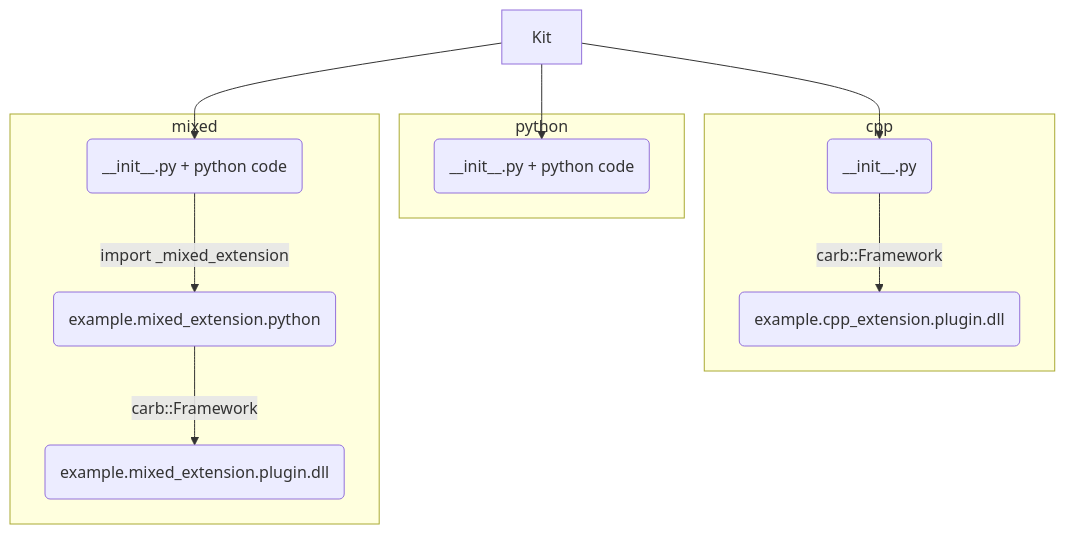
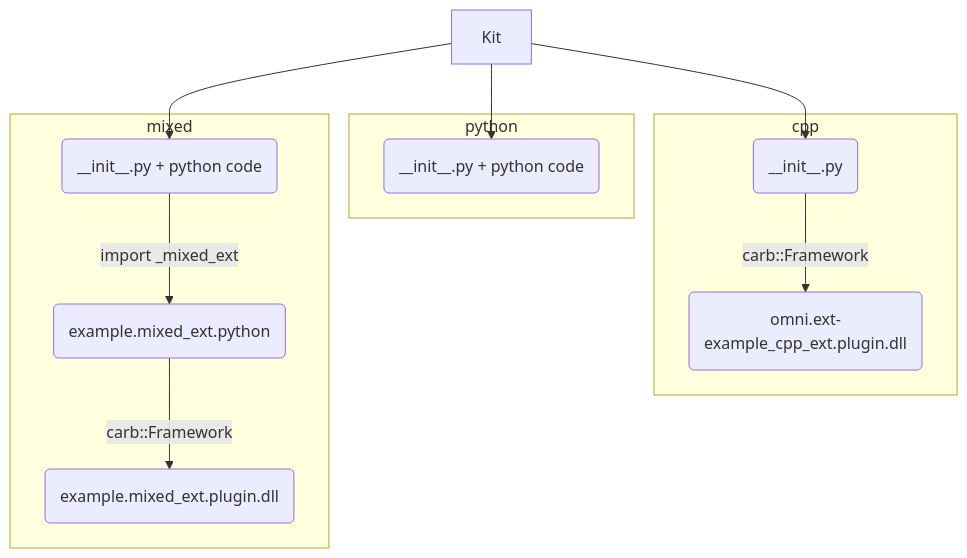
One commit to NVIDIAGameWorks/toolkit-remix changed the diagram in README.md. Above: the diagram before and after it, drawn with Mermaid. The commit also changed other lines of this file and 56 other files, not shown here.

````diff
--- a/README.md
+++ b/README.md
@@ -23,25 +23,25 @@
 ```mermaid
 graph TD
 
   subgraph "python"
   A3(__init__.py + python code)
   end
 
   subgraph cpp
   A1(__init__.py)
-  A1 -- carb::Framework --> B1(example.cpp_extension.plugin.dll)
+  A1 -- carb::Framework --> B1(omni.ext-example_cpp_ext.plugin.dll)
   end
 
   subgraph "mixed"
   A2(__init__.py + python code)
-  A2 --import _mixed_extension--> B2(example.mixed_extension.python)
-  B2 -- carb::Framework --> C2(example.mixed_extension.plugin.dll)
+  A2 --import _mixed_ext--> B2(example.mixed_ext.python)
+  B2 -- carb::Framework --> C2(example.mixed_ext.plugin.dll)
   end
 
 
   
   Kit[Kit] --> A1
   Kit[Kit] --> A2
   Kit[Kit] --> A3
 
 ```
````
